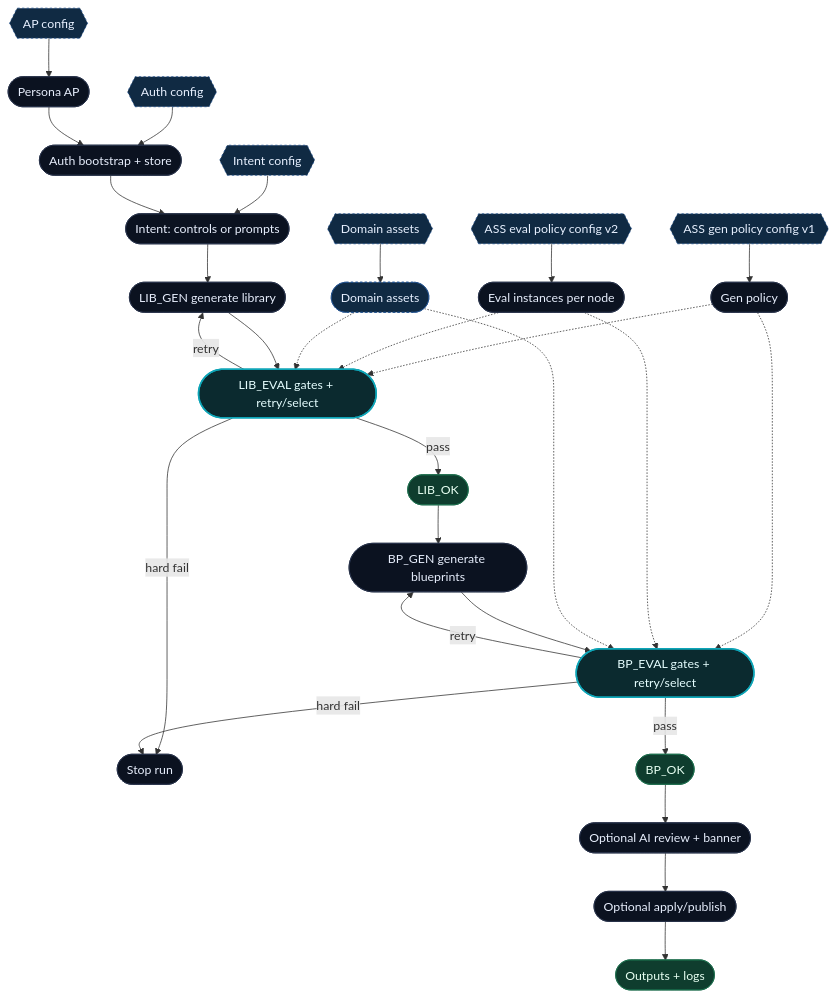
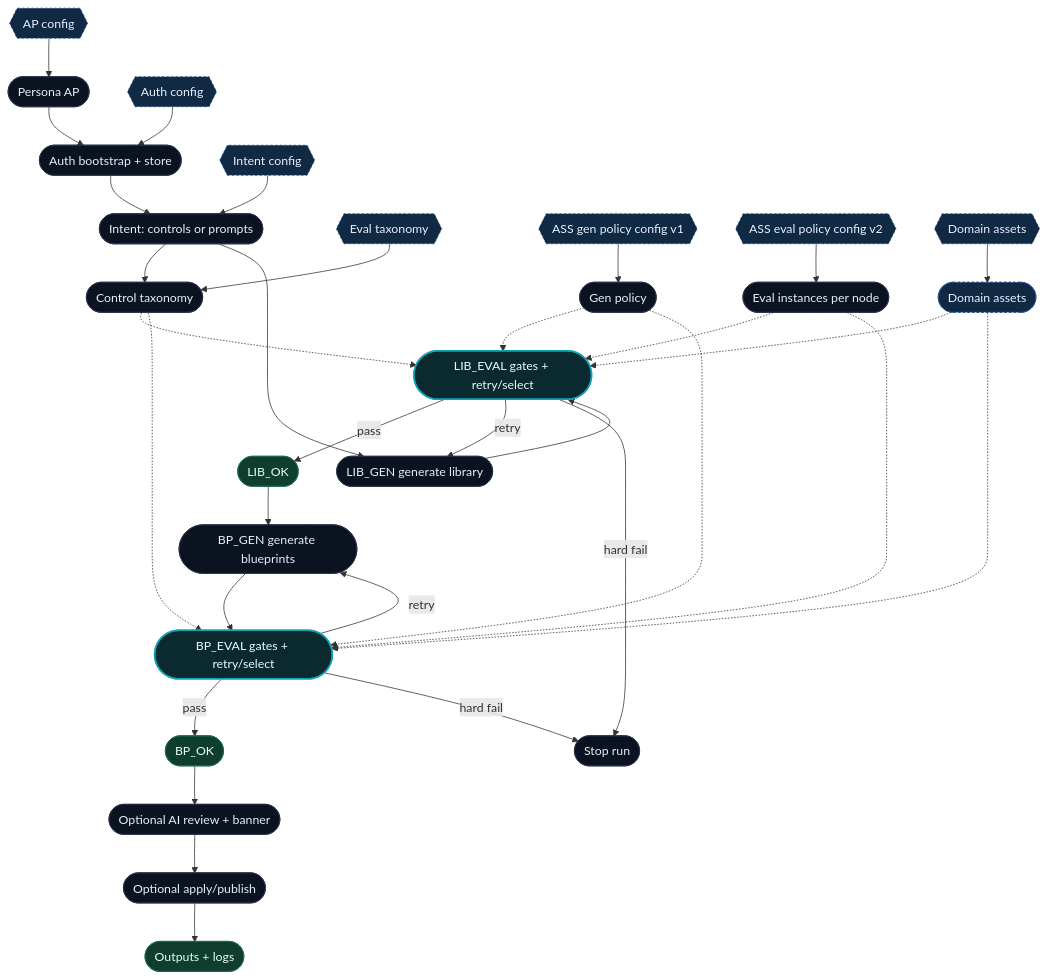
One commit to dsvikstrand/bleu changed the diagram in docs/ass_das/ASS_simple.mmd. Above: the diagram before and after it, drawn with Mermaid. The commit also changed 8 other files, not shown here.

Commit message:
eval: add global controls taxonomy + taxonomy gate

```diff
--- a/docs/ass_das/ASS_simple.mmd
+++ b/docs/ass_das/ASS_simple.mmd
@@ -1,54 +1,57 @@
 flowchart TD
   %% ASS (Agentic Seed System) - Conceptual Flow (simplified)
   %% Focus: personas (AP) and eval-driven DAS loop
   %% Source of truth: codex/skills/seed-blueprints/scripts/seed_stage0.ts
   %% Mermaid: keep labels ASCII, single-line, and short.
 
   %% Core stages (minimal)
   AP_CFG{{AP config}} --> AP([Persona AP])
   AUTH_CFG{{Auth config}} --> AUTH([Auth bootstrap + store])
   INTENT_CFG{{Intent config}} --> INTENT([Intent: controls or prompts])
+  TAX_CFG{{Eval taxonomy}} --> TAX([Control taxonomy])
   GEN_CFG{{ASS gen policy config v1}} --> POLICY([Gen policy])
   EVAL_CFG{{ASS eval policy config v2}} --> EVALS([Eval instances per node])
   DOMAIN_CFG{{Domain assets}} --> DOMAIN([Domain assets])
 
-  AP --> AUTH --> INTENT
+  AP --> AUTH --> INTENT --> TAX
 
   %% DAS policy (drives retries + select-best)
   POLICY -.-> LIB_EVAL
   POLICY -.-> BP_EVAL
+  TAX -.-> LIB_EVAL
+  TAX -.-> BP_EVAL
   EVALS -.-> LIB_EVAL
   EVALS -.-> BP_EVAL
   DOMAIN -.-> LIB_EVAL
   DOMAIN -.-> BP_EVAL
 
   %% Two eval lanes (faithful, but compact)
   INTENT --> LIB_GEN([LIB_GEN generate library])
   LIB_GEN --> LIB_EVAL([LIB_EVAL gates + retry/select])
   LIB_EVAL -->|pass| LIB_OK([LIB_OK])
   LIB_EVAL -->|retry| LIB_GEN
   LIB_EVAL -->|hard fail| STOP([Stop run])
 
   LIB_OK --> BP_GEN([BP_GEN generate blueprints])
   BP_GEN --> BP_EVAL([BP_EVAL gates + retry/select])
   BP_EVAL -->|pass| BP_OK([BP_OK])
   BP_EVAL -->|retry| BP_GEN
   BP_EVAL -->|hard fail| STOP
 
   %% Shared tail
   BP_OK --> AI([Optional AI review + banner])
   AI --> APPLY([Optional apply/publish])
   APPLY --> OUT([Outputs + logs])
 
   %% Styling
   classDef stage fill:#0b1220,stroke:#253047,color:#e7eefc,stroke-width:1px;
   classDef cfg fill:#102a43,stroke:#1e4e8c,color:#e7f0ff,stroke-dasharray: 3 3;
   classDef eval fill:#0b2a2f,stroke:#0ea5b7,color:#e6feff,stroke-width:2px;
   classDef out fill:#0f3d2e,stroke:#1b6b4b,color:#e7fff2;
 
-  class AP,AUTH,INTENT,POLICY,LIB_GEN,BP_GEN,AI,APPLY,STOP stage;
+  class AP,AUTH,INTENT,TAX,POLICY,LIB_GEN,BP_GEN,AI,APPLY,STOP stage;
   class LIB_EVAL,BP_EVAL eval;
   class OUT,LIB_OK,BP_OK out;
-  class AP_CFG,AUTH_CFG,INTENT_CFG,GEN_CFG,EVAL_CFG,DOMAIN_CFG cfg;
+  class AP_CFG,AUTH_CFG,INTENT_CFG,TAX_CFG,GEN_CFG,EVAL_CFG,DOMAIN_CFG cfg;
   class EVALS stage;
   class DOMAIN cfg;
```
